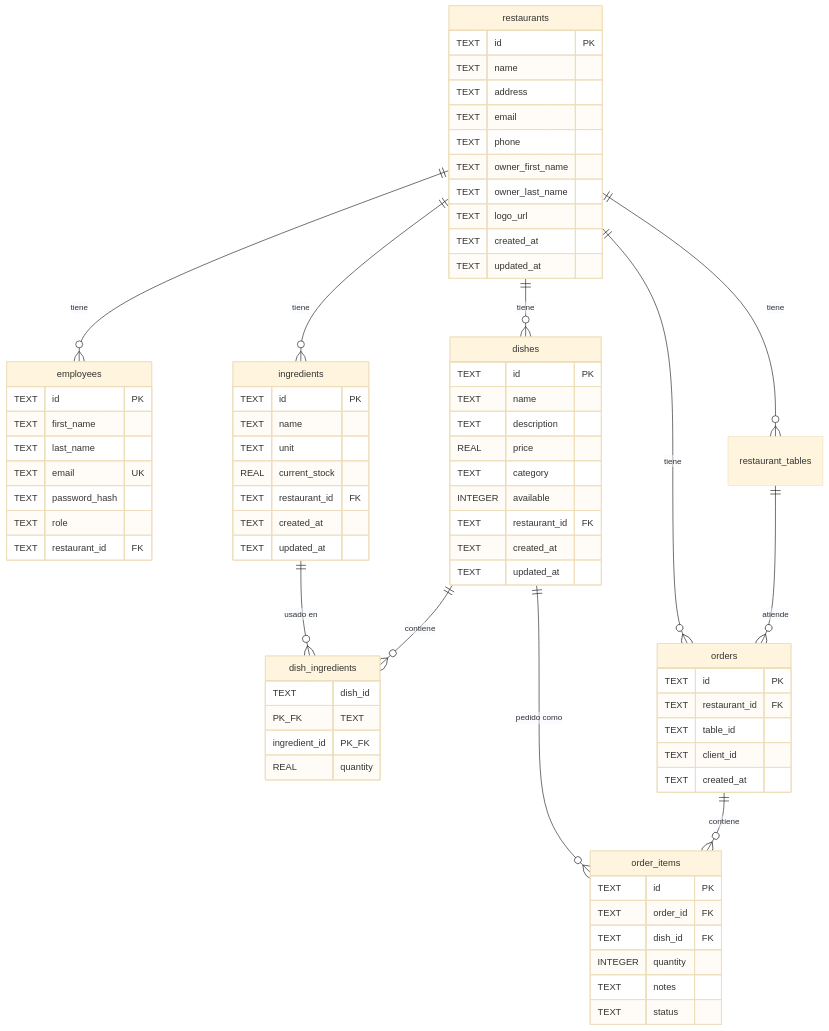
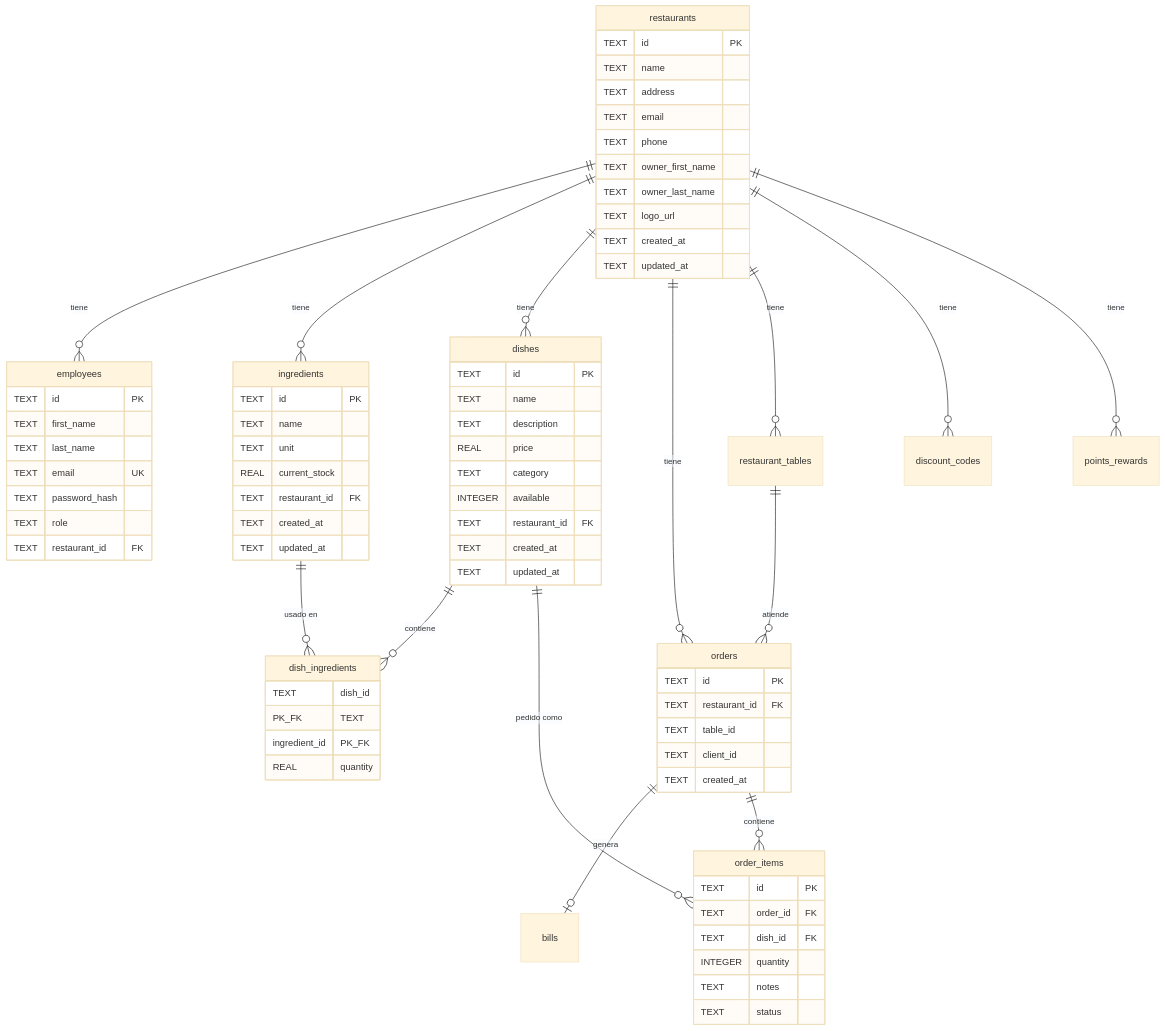
One commit to lmcarrasco20/curso-claude changed the diagram in docs/dominio/modelo-datos.md. Above: the diagram before and after it, drawn with Mermaid (base theme). The commit also changed other lines of this file and 4 other files, not shown here.

```diff
--- a/docs/dominio/modelo-datos.md
+++ b/docs/dominio/modelo-datos.md
@@ -13,6 +13,9 @@
     restaurants ||--o{ dishes : "tiene"
     restaurants ||--o{ orders : "tiene"
     restaurants ||--o{ restaurant_tables : "tiene"
+    restaurants ||--o{ discount_codes : "tiene"
+    restaurants ||--o{ points_rewards : "tiene"
+    orders ||--o| bills : "genera"
     restaurant_tables ||--o{ orders : "atiende"
     dishes ||--o{ dish_ingredients : "contiene"
     ingredients ||--o{ dish_ingredients : "usado en"
```
